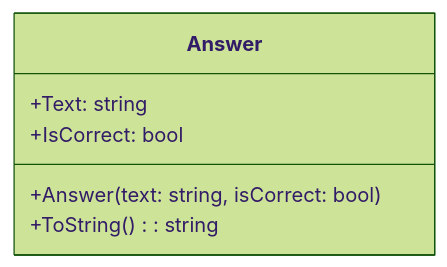
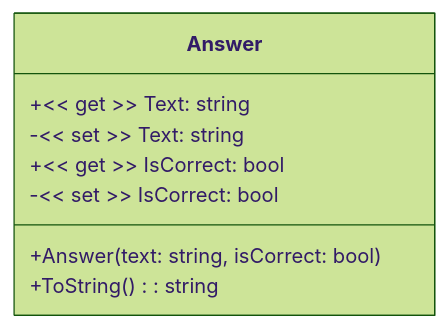
The third of 7 diagrams in README.md (vives-oop1-2023/questionnaire-Robbedoes24), drawn with Mermaid (forest theme) before and after one commit. The commit also changed other lines of this file, not shown here.

````diff
--- a/README.md
+++ b/README.md
@@ -127,9 +130,11 @@
 ```mermaid
     classDiagram
         class Answer {
             +Answer(text: string, isCorrect: bool)
             +ToString(): string
-            +Text: string
-            +IsCorrect: bool
+            +<< get >> Text: string
+            -<< set >> Text: string
+            +<< get >> IsCorrect: bool
+            -<< set >> IsCorrect: bool
         }
 ```
````
